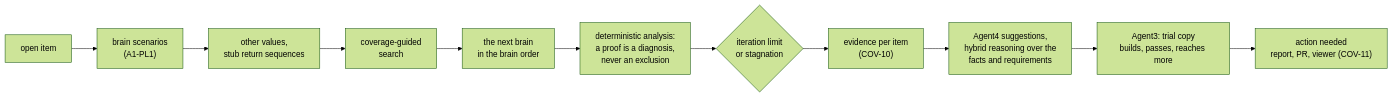
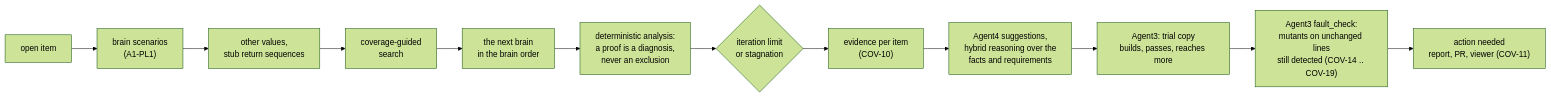
The tenth of 11 diagrams in Docs/ORCHESTRATION.md (bharatd03/Unittest), drawn with Mermaid (forest theme) before and after one commit. The commit also changed other lines of this file and 8 other files, not shown here.

Commit message:
Fault check of source-change suggestions and proofs per build variant

````diff
--- a/Docs/ORCHESTRATION.md
+++ b/Docs/ORCHESTRATION.md
@@ -334,6 +334,6 @@
 ```mermaid
 flowchart LR
     item["open item"] --> s1["brain scenarios<br/>(A1-PL1)"] --> s2["other values,<br/>stub return sequences"] --> s3["coverage-guided<br/>search"] --> s4["the next brain<br/>in the brain order"] --> s5["deterministic analysis:<br/>a proof is a diagnosis,<br/>never an exclusion"]
     s5 --> stop{"iteration limit<br/>or stagnation"}
-    stop --> ev["evidence per item<br/>(COV-10)"] --> sug["Agent4 suggestions,<br/>hybrid reasoning over the<br/>facts and requirements"] --> trial["Agent3: trial copy<br/>builds, passes, reaches more"] --> act["action needed<br/>report, PR, viewer (COV-11)"]
+    stop --> ev["evidence per item<br/>(COV-10)"] --> sug["Agent4 suggestions,<br/>hybrid reasoning over the<br/>facts and requirements"] --> trial["Agent3: trial copy<br/>builds, passes, reaches more"] --> faults["Agent3 fault_check:<br/>mutants on unchanged lines<br/>still detected (COV-14 .. COV-19)"] --> act["action needed<br/>report, PR, viewer (COV-11)"]
 ```
````
